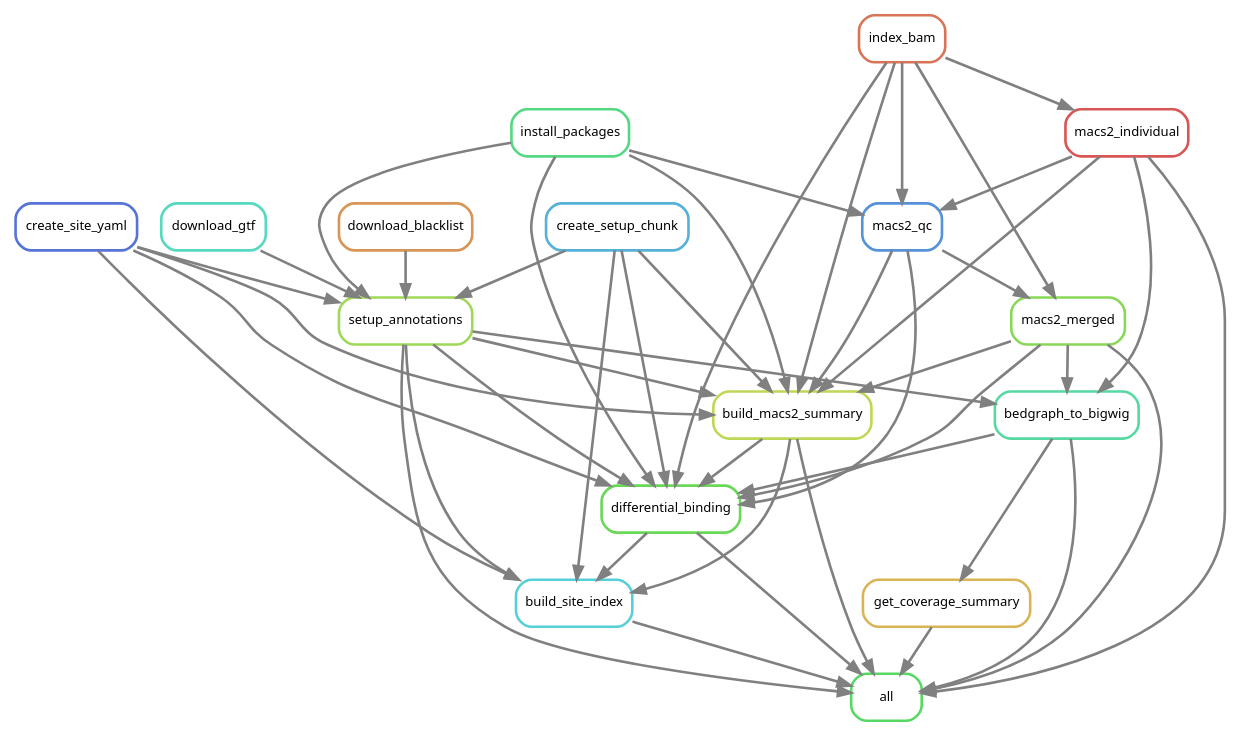
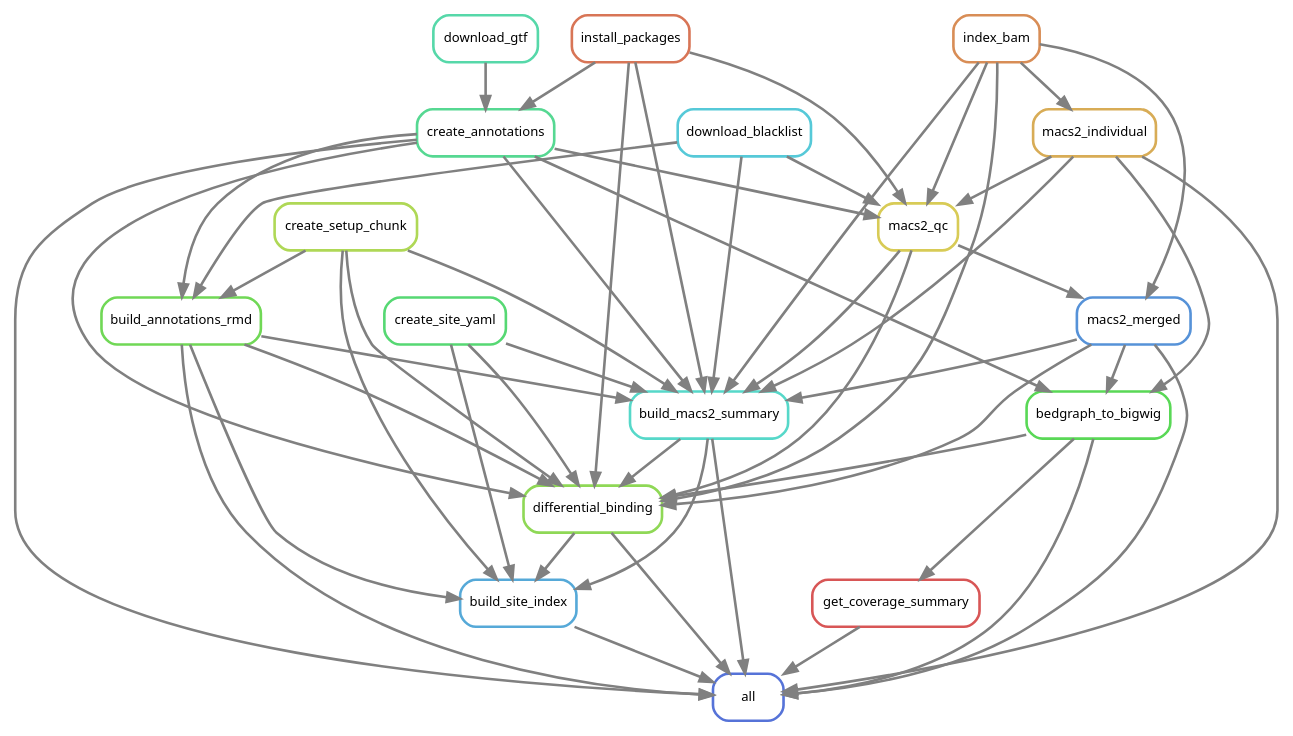
One commit to smped/GRAVI changed the diagram in workflow/rules/rulegraph.dot. Above: the diagram before and after it, drawn with Graphviz. The commit also changed 21 other files, not shown here.

```diff
--- a/workflow/rules/rulegraph.dot
+++ b/workflow/rules/rulegraph.dot
@@ -1,66 +1,73 @@
 digraph snakemake_dag {
     graph[bgcolor=white, margin=0];
     node[shape=box, style=rounded, fontname=sans,                 fontsize=10, penwidth=2];
     edge[penwidth=2, color=grey];
-	0[label = "all", color = "0.35 0.6 0.85", style="rounded"];
-	1[label = "setup_annotations", color = "0.24 0.6 0.85", style="rounded"];
-	2[label = "download_blacklist", color = "0.08 0.6 0.85", style="rounded"];
-	3[label = "download_gtf", color = "0.47 0.6 0.85", style="rounded"];
-	4[label = "install_packages", color = "0.39 0.6 0.85", style="rounded"];
-	5[label = "create_setup_chunk", color = "0.55 0.6 0.85", style="rounded"];
-	6[label = "create_site_yaml", color = "0.63 0.6 0.85", style="rounded"];
-	7[label = "build_macs2_summary", color = "0.20 0.6 0.85", style="rounded"];
-	8[label = "index_bam", color = "0.04 0.6 0.85", style="rounded"];
-	9[label = "macs2_individual", color = "0.00 0.6 0.85", style="rounded"];
-	10[label = "macs2_merged", color = "0.27 0.6 0.85", style="rounded"];
-	11[label = "macs2_qc", color = "0.59 0.6 0.85", style="rounded"];
-	12[label = "differential_binding", color = "0.31 0.6 0.85", style="rounded"];
-	13[label = "bedgraph_to_bigwig", color = "0.43 0.6 0.85", style="rounded"];
-	14[label = "build_site_index", color = "0.51 0.6 0.85", style="rounded"];
-	15[label = "get_coverage_summary", color = "0.12 0.6 0.85", style="rounded"];
+	0[label = "all", color = "0.63 0.6 0.85", style="rounded"];
+	1[label = "create_annotations", color = "0.41 0.6 0.85", style="rounded"];
+	2[label = "download_gtf", color = "0.44 0.6 0.85", style="rounded"];
+	3[label = "install_packages", color = "0.04 0.6 0.85", style="rounded"];
+	4[label = "build_annotations_rmd", color = "0.30 0.6 0.85", style="rounded"];
+	5[label = "download_blacklist", color = "0.52 0.6 0.85", style="rounded"];
+	6[label = "create_setup_chunk", color = "0.22 0.6 0.85", style="rounded"];
+	7[label = "build_macs2_summary", color = "0.48 0.6 0.85", style="rounded"];
+	8[label = "index_bam", color = "0.07 0.6 0.85", style="rounded"];
+	9[label = "macs2_individual", color = "0.11 0.6 0.85", style="rounded"];
+	10[label = "macs2_merged", color = "0.59 0.6 0.85", style="rounded"];
+	11[label = "macs2_qc", color = "0.15 0.6 0.85", style="rounded"];
+	12[label = "create_site_yaml", color = "0.37 0.6 0.85", style="rounded"];
+	13[label = "differential_binding", color = "0.26 0.6 0.85", style="rounded"];
+	14[label = "bedgraph_to_bigwig", color = "0.33 0.6 0.85", style="rounded"];
+	15[label = "build_site_index", color = "0.56 0.6 0.85", style="rounded"];
+	16[label = "get_coverage_summary", color = "0.00 0.6 0.85", style="rounded"];
+	16 -> 0
 	9 -> 0
+	4 -> 0
+	14 -> 0
+	1 -> 0
+	10 -> 0
+	7 -> 0
 	15 -> 0
-	7 -> 0
-	1 -> 0
-	12 -> 0
-	10 -> 0
 	13 -> 0
-	14 -> 0
+	3 -> 1
 	2 -> 1
-	4 -> 1
-	3 -> 1
-	5 -> 1
-	6 -> 1
+	1 -> 4
+	5 -> 4
+	6 -> 4
+	3 -> 7
+	8 -> 7
 	9 -> 7
-	8 -> 7
-	1 -> 7
-	10 -> 7
-	4 -> 7
-	5 -> 7
 	11 -> 7
 	6 -> 7
+	4 -> 7
+	12 -> 7
+	1 -> 7
+	5 -> 7
+	10 -> 7
 	8 -> 9
 	8 -> 10
 	11 -> 10
-	4 -> 11
+	3 -> 11
+	8 -> 11
 	9 -> 11
-	8 -> 11
-	8 -> 12
-	7 -> 12
-	1 -> 12
-	10 -> 12
-	4 -> 12
-	13 -> 12
-	5 -> 12
-	11 -> 12
-	6 -> 12
-	9 -> 13
+	1 -> 11
+	5 -> 11
+	3 -> 13
+	8 -> 13
+	11 -> 13
+	6 -> 13
+	4 -> 13
+	14 -> 13
+	12 -> 13
 	1 -> 13
+	7 -> 13
 	10 -> 13
-	7 -> 14
+	9 -> 14
+	10 -> 14
 	1 -> 14
-	12 -> 14
-	5 -> 14
-	6 -> 14
+	6 -> 15
+	4 -> 15
+	12 -> 15
+	7 -> 15
 	13 -> 15
+	14 -> 16
 }            
```
